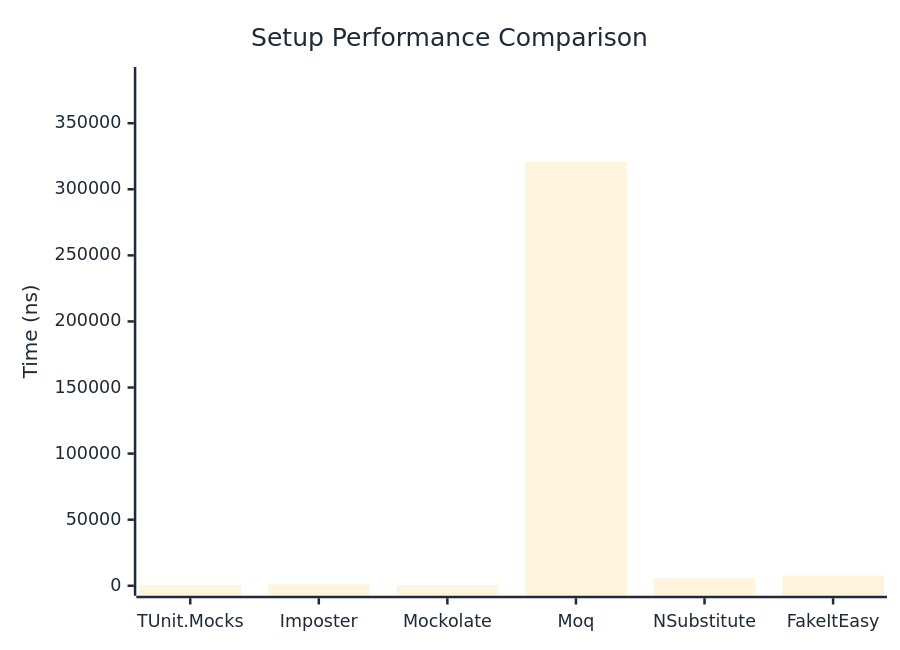
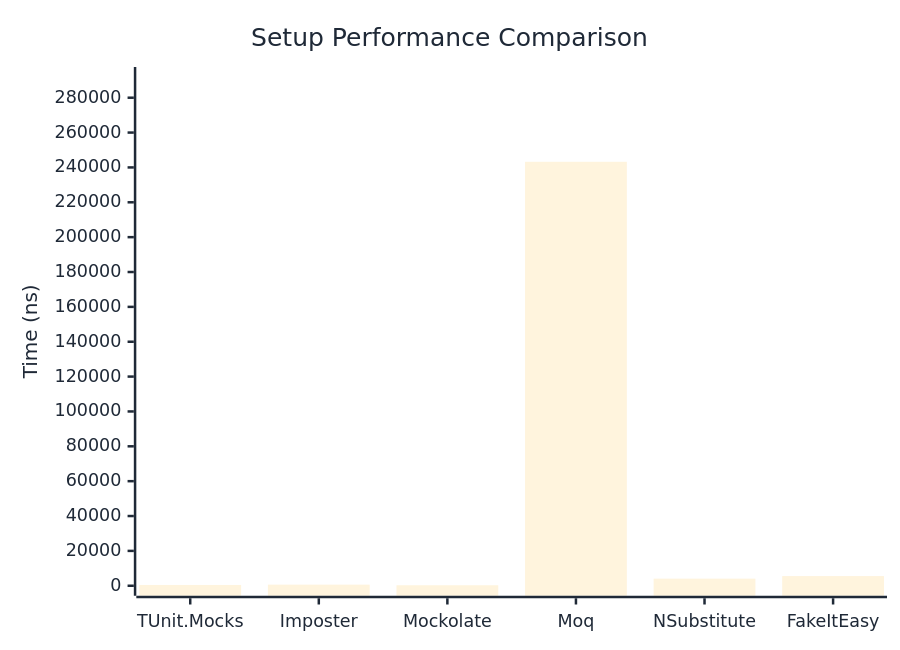
Before and after one commit to thomhurst/TUnit: the first of 2 diagrams in docs/docs/benchmarks/mocks/Setup.md, drawn with Mermaid. The commit also changed other lines of this file and 14 other files, not shown here.

````diff
--- a/docs/docs/benchmarks/mocks/Setup.md
+++ b/docs/docs/benchmarks/mocks/Setup.md
@@ -30,27 +30,27 @@
 ```mermaid
 %%{init: {
   'theme':'base',
   'themeVariables': {
     'primaryColor': '#2563eb',
     'primaryTextColor': '#1f2937',
     'primaryBorderColor': '#1e40af',
     'lineColor': '#6b7280',
     'secondaryColor': '#7c3aed',
     'tertiaryColor': '#dc2626',
     'background': '#ffffff',
     'pie1': '#2563eb',
     'pie2': '#7c3aed',
     'pie3': '#dc2626',
     'pie4': '#f59e0b',
     'pie5': '#10b981',
     'pie6': '#06b6d4',
     'pie7': '#ec4899',
     'pie8': '#6366f1'
   }
 }}%%
 xychart-beta
   title "Setup Performance Comparison"
   x-axis ["TUnit.Mocks", "Imposter", "Mockolate", "Moq", "NSubstitute", "FakeItEasy"]
-  y-axis "Time (ns)" 0 --> 384957
-  bar [643.9, 1010.5, 404.9, 320796.8, 5663, 7755.5]
+  y-axis "Time (ns)" 0 --> 291883
+  bar [454.2, 627.9, 283.6, 243235.3, 4076.4, 5549]
 ```
````
